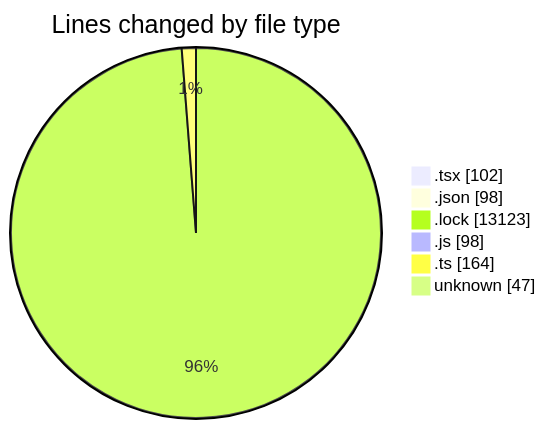
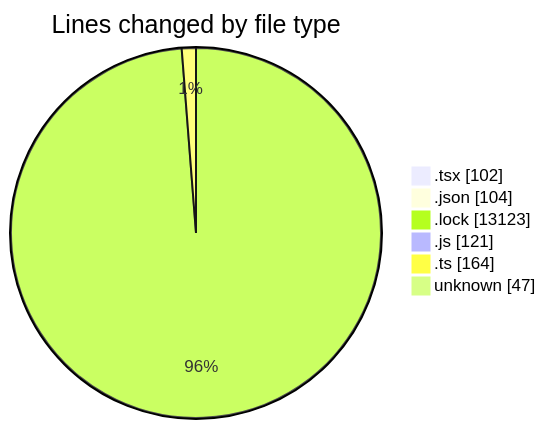
Before and after one commit to momahboobian/code-tracking: the first of 2 diagrams in 2025-09-03/cda/README.md, drawn with Mermaid. The commit also changed other lines of this file and 1 other file, not shown here.

````diff
--- a/2025-09-03/cda/README.md
+++ b/2025-09-03/cda/README.md
@@ -30,10 +31,10 @@
 ```mermaid
 pie showData
 title Lines changed by file type
 ".tsx" : 102
-".json" : 98
+".json" : 104
 ".lock" : 13123
-".js" : 98
+".js" : 121
 ".ts" : 164
 "unknown" : 47
 ```
````
